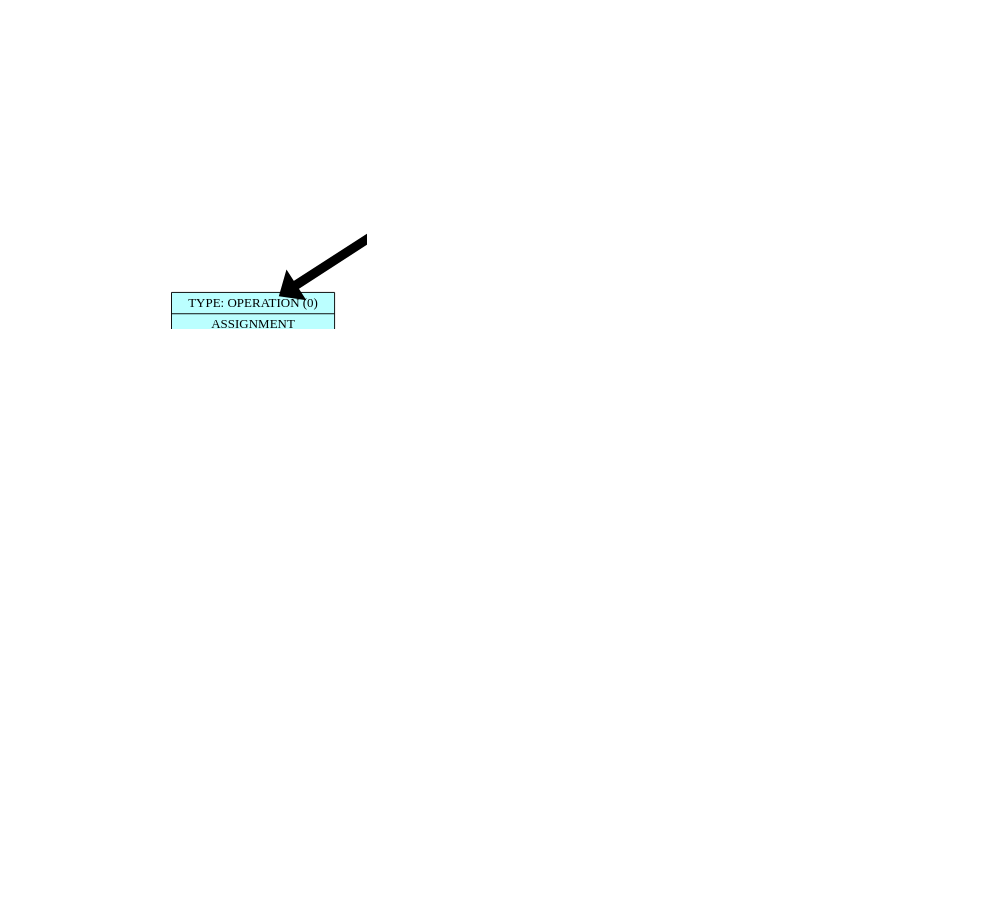
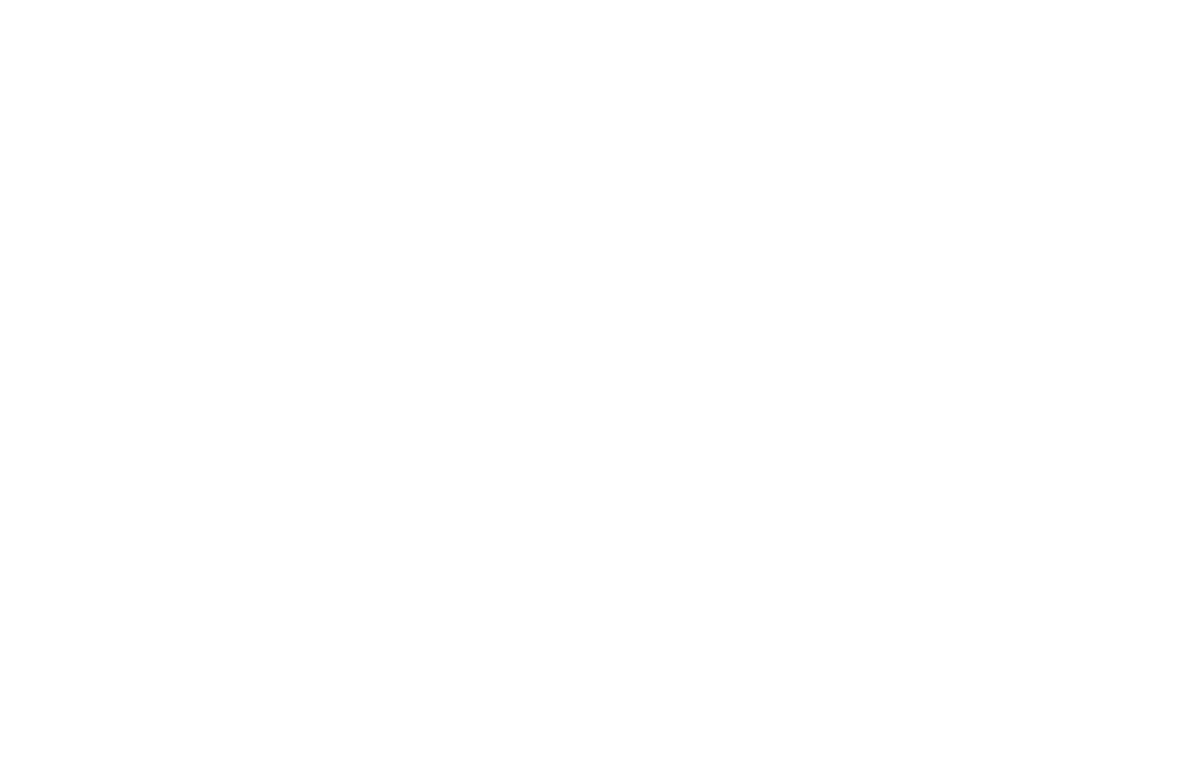
One commit to Troll0ton/Trollanguage changed the diagram in frontend/dump/list_graph.dot. Above: the diagram before and after it, drawn with Graphviz. The commit also changed 26 other files, not shown here.

```diff
--- a/frontend/dump/list_graph.dot
+++ b/frontend/dump/list_graph.dot
@@ -1,59 +1,65 @@
 digraph structs {    
 rankdir = TB;        
 graph [dpi = 200];   
 ranksep = 1.5;       
 edge[penwidth = 10]; 
 cell0 [style = filled, color = black, shape=record, 
 fillcolor = paleturquoise1, label = " { <ptr> TYPE: OPERATION (0) | SEQUENCE} " ];                         
 cell1 [style = filled, color = black, shape=record, 
 fillcolor = paleturquoise1, label = " { <ptr> TYPE: OPERATION (0) | SEQUENCE} " ];                         
 cell2 [style = filled, color = black, shape=record, 
+fillcolor = paleturquoise1, label = " { <ptr> TYPE: OPERATION (0) | SEQUENCE} " ];                         
+cell3 [style = filled, color = black, shape=record, 
 fillcolor = paleturquoise1, label = " { <ptr> TYPE: OPERATION (0) | ASSIGNMENT} " ];                         
-cell3 [style = filled, color = black, shape=record, 
+cell4 [style = filled, color = black, shape=record, 
 fillcolor = darkolivegreen2, label = " { <ptr> TYPE: VARIABLE (4) | x} " ];                         
-cell4 [style = filled, color = black, shape=record, 
-fillcolor = paleturquoise1, label = " { <ptr> TYPE: OPERATION (0) | CALL} " ];                         
 cell5 [style = filled, color = black, shape=record, 
-fillcolor = darkolivegreen2, label = " { <ptr> TYPE: VARIABLE (4) | n} " ];                         
+fillcolor = coral2, label = " { <ptr> TYPE: NUMERIC (4) | 900} " ];                         
 cell6 [style = filled, color = black, shape=record, 
 fillcolor = paleturquoise1, label = " { <ptr> TYPE: OPERATION (0) | FUNCT} " ];                         
 cell7 [style = filled, color = black, shape=record, 
 fillcolor = darkolivegreen2, label = " { <ptr> TYPE: VARIABLE (4) | n} " ];                         
 cell8 [style = filled, color = black, shape=record, 
 fillcolor = paleturquoise1, label = " { <ptr> TYPE: OPERATION (0) | BODY} " ];                         
 cell9 [style = filled, color = black, shape=record, 
-fillcolor = paleturquoise1, label = " { <ptr> TYPE: OPERATION (0) | SEQUENCE} " ];                         
+fillcolor = coral2, label = " { <ptr> TYPE: NUMERIC (4) | 77} " ];                         
 cell10 [style = filled, color = black, shape=record, 
-fillcolor = paleturquoise1, label = " { <ptr> TYPE: OPERATION (0) | ASSIGNMENT} " ];                         
+fillcolor = paleturquoise1, label = " { <ptr> TYPE: OPERATION (0) | FUNCT} " ];                         
 cell11 [style = filled, color = black, shape=record, 
-fillcolor = darkolivegreen2, label = " { <ptr> TYPE: VARIABLE (4) | y} " ];                         
+fillcolor = darkolivegreen2, label = " { <ptr> TYPE: VARIABLE (4) | a} " ];                         
 cell12 [style = filled, color = black, shape=record, 
-fillcolor = coral2, label = " { <ptr> TYPE: NUMERIC (4) | 200} " ];                         
+fillcolor = paleturquoise1, label = " { <ptr> TYPE: OPERATION (0) | BODY} " ];                         
 cell13 [style = filled, color = black, shape=record, 
-fillcolor = coral2, label = " { <ptr> TYPE: NUMERIC (4) | 100} " ];                         
+fillcolor = coral2, label = " { <ptr> TYPE: NUMERIC (4) | 77} " ];                         
 cell14 [style = filled, color = black, shape=record, 
 fillcolor = paleturquoise1, label = " { <ptr> TYPE: OPERATION (4) | print} " ];                         
 cell15 [style = filled, color = black, shape=record, 
 fillcolor = paleturquoise1, label = " { <ptr> TYPE: OPERATION (1) | +} " ];                         
 cell16 [style = filled, color = black, shape=record, 
-fillcolor = darkolivegreen2, label = " { <ptr> TYPE: VARIABLE (4) | x} " ];                         
+fillcolor = paleturquoise1, label = " { <ptr> TYPE: OPERATION (0) | CALL} " ];                         
 cell17 [style = filled, color = black, shape=record, 
-fillcolor = darkolivegreen2, label = " { <ptr> TYPE: VARIABLE (4) | y} " ];                         
+fillcolor = darkolivegreen2, label = " { <ptr> TYPE: VARIABLE (4) | a} " ];                         
+cell18 [style = filled, color = black, shape=record, 
+fillcolor = paleturquoise1, label = " { <ptr> TYPE: OPERATION (0) | CALL} " ];                         
+cell19 [style = filled, color = black, shape=record, 
+fillcolor = darkolivegreen2, label = " { <ptr> TYPE: VARIABLE (4) | n} " ];                         
 cell0 -> cell1;
 cell1 -> cell2;
 cell2 -> cell3;
-cell2 -> cell4;
-cell4 -> cell5;
-cell1 -> cell6;
+cell3 -> cell4;
+cell3 -> cell5;
+cell2 -> cell6;
 cell6 -> cell7;
 cell6 -> cell8;
 cell8 -> cell9;
-cell9 -> cell10;
+cell1 -> cell10;
 cell10 -> cell11;
 cell10 -> cell12;
-cell9 -> cell13;
+cell12 -> cell13;
 cell0 -> cell14;
 cell14 -> cell15;
 cell15 -> cell16;
-cell15 -> cell17;
+cell16 -> cell17;
+cell15 -> cell18;
+cell18 -> cell19;
 }
```
